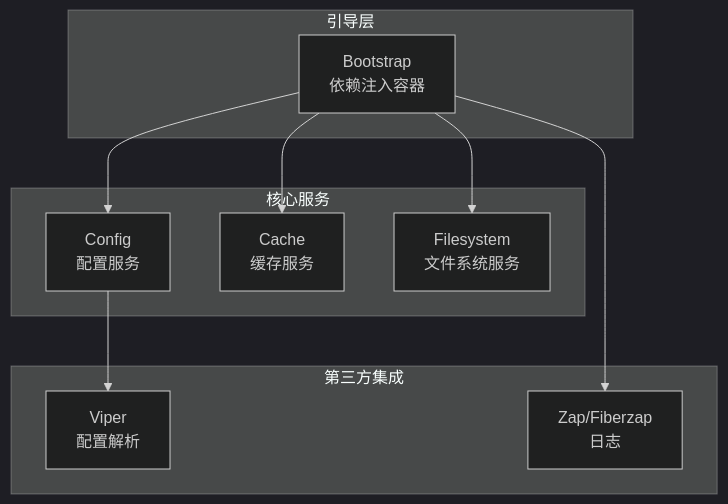
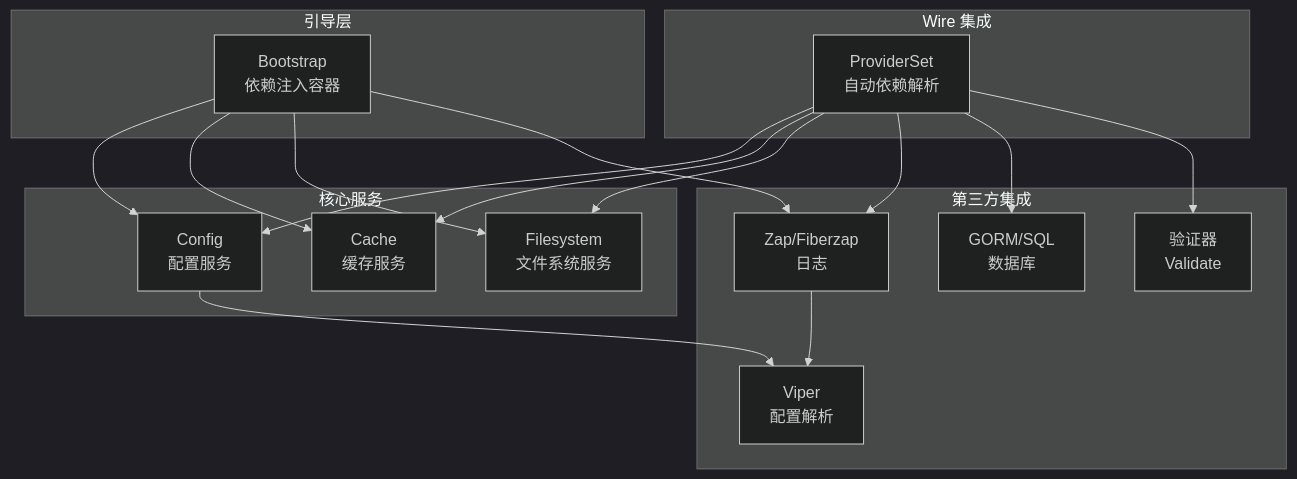
The first of 7 diagrams in .qoder/repowiki/zh/content/核心架构/依赖注入机制.md (wuwuseo/cmf), drawn with Mermaid (dark theme) before and after one commit. The commit also changed other lines of this file and 5 other files, not shown here.

````diff
--- a/.qoder/repowiki/zh/content/核心架构/依赖注入机制.md
+++ b/.qoder/repowiki/zh/content/核心架构/依赖注入机制.md
@@ -33,20 +43,32 @@
 ```mermaid
 graph TB
 subgraph "引导层"
 B["Bootstrap<br/>依赖注入容器"]
 end
 subgraph "核心服务"
 C["Config<br/>配置服务"]
 K["Cache<br/>缓存服务"]
 F["Filesystem<br/>文件系统服务"]
 end
+subgraph "Wire 集成"
+W["ProviderSet<br/>自动依赖解析"]
+end
 subgraph "第三方集成"
 V["Viper<br/>配置解析"]
 Z["Zap/Fiberzap<br/>日志"]
+ORM["GORM/SQL<br/>数据库"]
+VAL["验证器<br/>Validate"]
 end
 B --> C
 B --> K
 B --> F
+W --> C
+W --> K
+W --> F
+W --> Z
+W --> ORM
+W --> VAL
 C --> V
 B --> Z
+Z --> V
 ```
````
